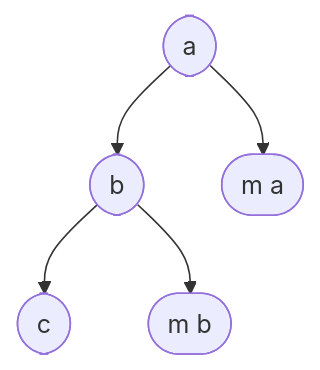
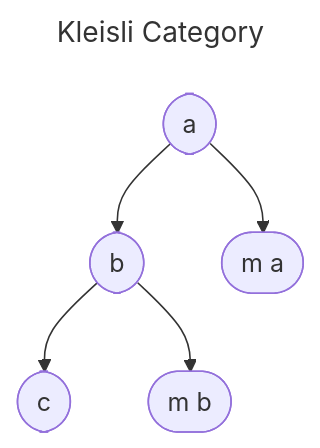
One commit to alexisbcc/category-theory changed the first of 4 diagrams in README.md. Above: the diagram before and after it, drawn with Mermaid. The commit also changed other lines of this file, not shown here.

````diff
--- a/README.md
+++ b/README.md
@@ -98,7 +98,10 @@
 ```mermaid
+---
+title: Kleisli Category
+---
   graph TD;
     A(["a"]) --> B(["b"]);
     A(["a"]) --> C(["m a"]);
     B(["b"]) --> D(["c"]);
     B(["b"]) --> E(["m b"]);
 ```
````
